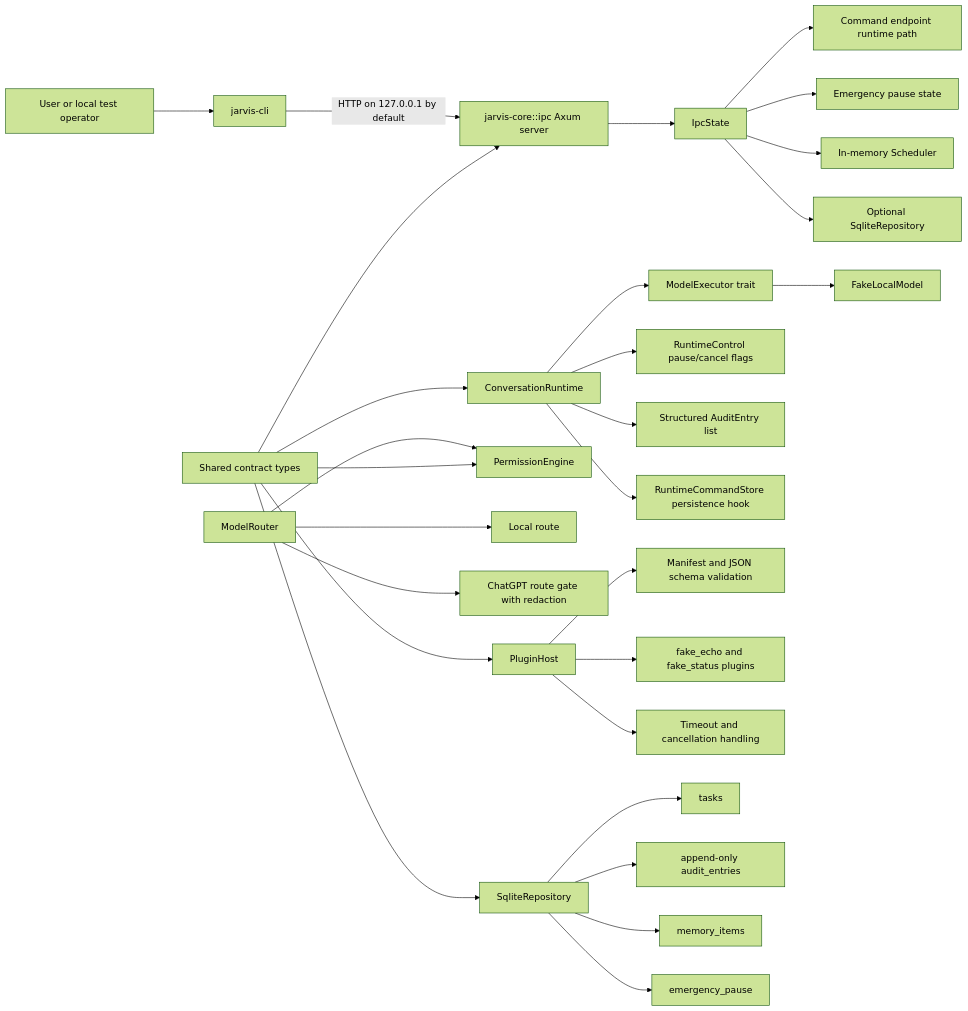
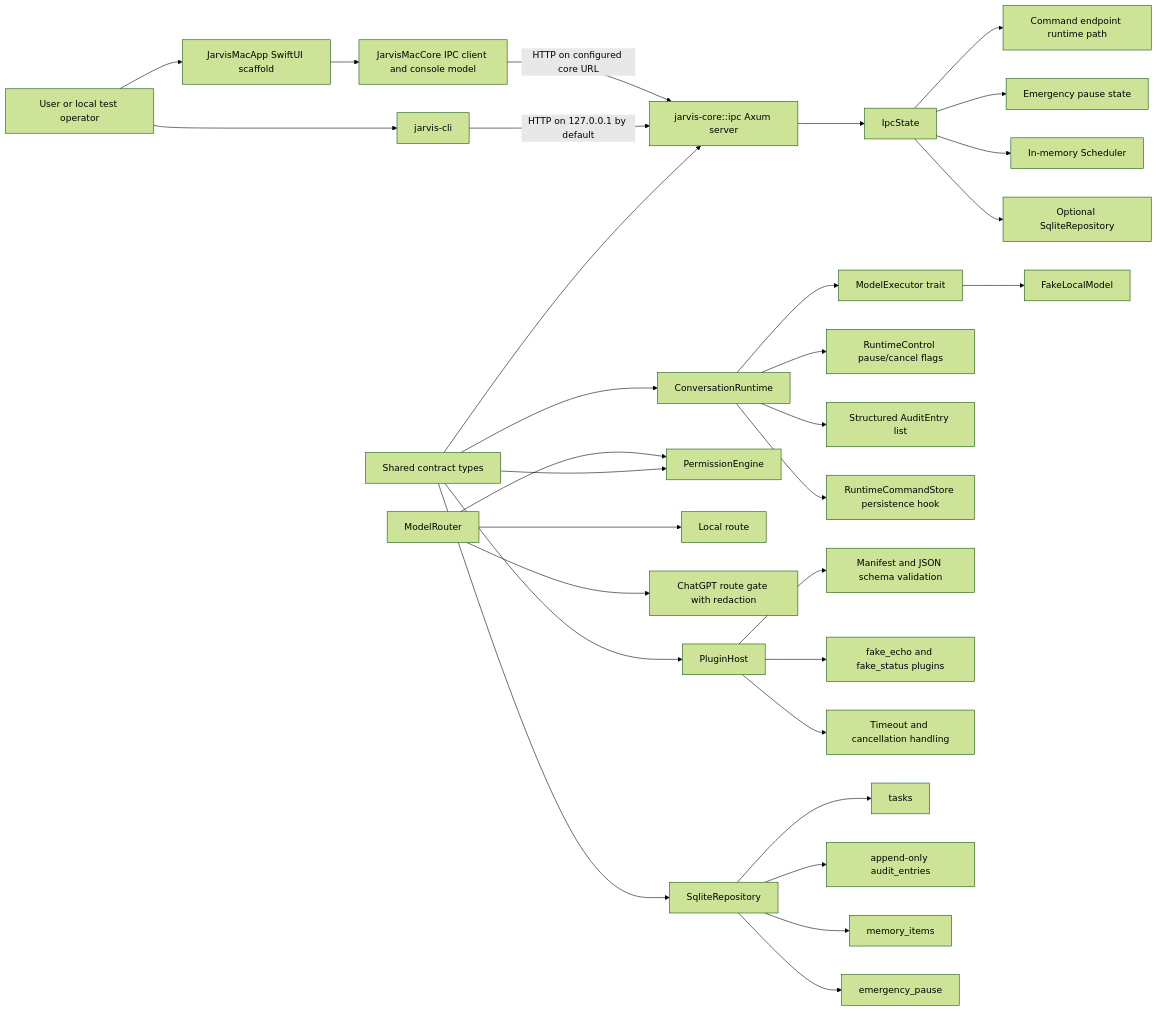
The first of 2 diagrams in docs/architecture-map.md (malak333/Assemblywright), drawn with Mermaid (forest theme) before and after one commit. The commit also changed other lines of this file and 10 other files, not shown here.

Commit message:
Add Swift Mac shell scaffold

````diff
--- a/docs/architecture-map.md
+++ b/docs/architecture-map.md
@@ -12,36 +11,39 @@
 ```mermaid
 flowchart LR
     User["User or local test operator"] --> CLI["jarvis-cli"]
+    User --> MacShell["JarvisMacApp SwiftUI scaffold"]
+    MacShell --> MacCore["JarvisMacCore IPC client and console model"]
+    MacCore -->|HTTP on configured core URL| IPC
     CLI -->|HTTP on 127.0.0.1 by default| IPC["jarvis-core::ipc Axum server"]
 
     IPC --> IpcState["IpcState"]
     IpcState --> RuntimePath["Command endpoint runtime path"]
     IpcState --> Pause["Emergency pause state"]
     IpcState --> Scheduler["In-memory Scheduler"]
     IpcState --> RepoState["Optional SqliteRepository"]
 
     Runtime["ConversationRuntime"] --> ModelExec["ModelExecutor trait"]
     ModelExec --> FakeLocal["FakeLocalModel"]
     Runtime --> RuntimeControl["RuntimeControl pause/cancel flags"]
     Runtime --> RuntimeAudit["Structured AuditEntry list"]
     Runtime --> RuntimeStore["RuntimeCommandStore persistence hook"]
 
     Router["ModelRouter"] --> Policy["PermissionEngine"]
     Router --> LocalRoute["Local route"]
     Router --> ChatGPTGate["ChatGPT route gate with redaction"]
 
     PluginHost["PluginHost"] --> ManifestValidation["Manifest and JSON schema validation"]
     PluginHost --> FirstParty["fake_echo and fake_status plugins"]
     PluginHost --> TimeoutCancel["Timeout and cancellation handling"]
 
     Repo["SqliteRepository"] --> Tasks["tasks"]
     Repo --> Audit["append-only audit_entries"]
     Repo --> Memory["memory_items"]
     Repo --> StoredPause["emergency_pause"]
 
     Types["Shared contract types"] --> Runtime
     Types --> IPC
     Types --> Policy
     Types --> Repo
     Types --> PluginHost
 ```
````
